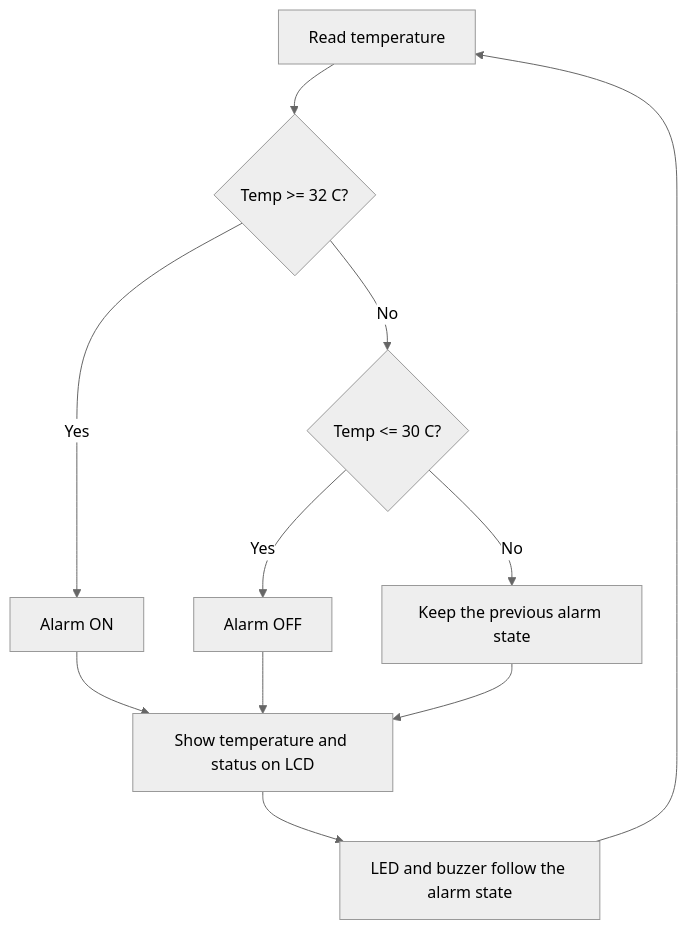
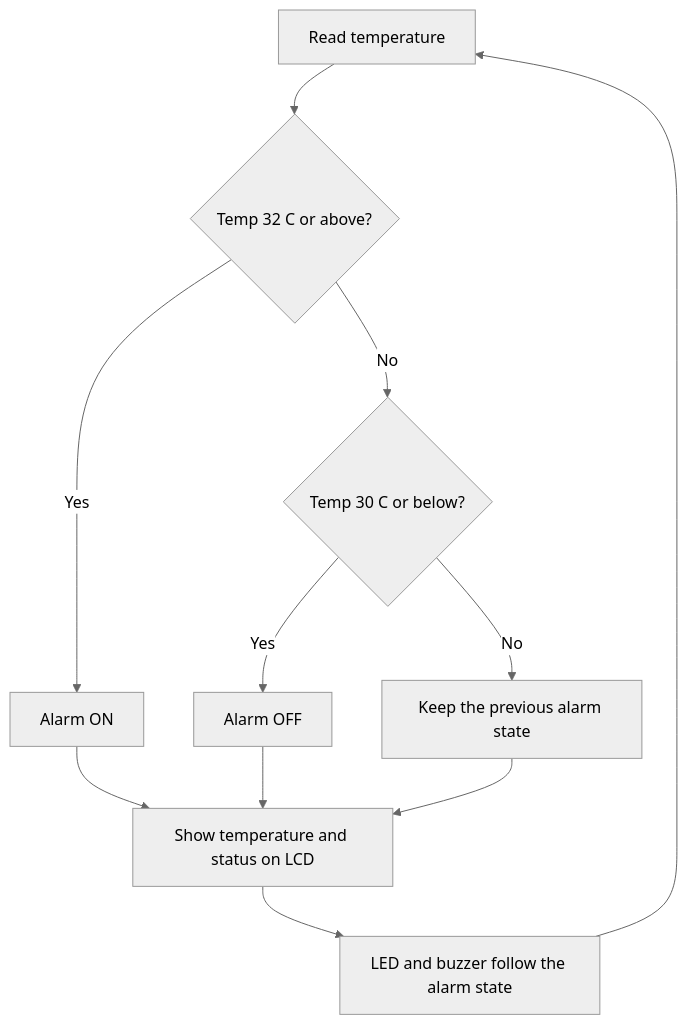
The diagram in Week-06/Day-27.md (samdavidnwabanne/AI-Automation-Robotics-Journey), drawn with Mermaid (neutral theme) before and after one commit.

````diff
--- a/Week-06/Day-27.md
+++ b/Week-06/Day-27.md
@@ -13,13 +13,13 @@
 ```mermaid
 flowchart TD
-    A[Read temperature] --> B{Temp >= 32 C?}
-    B -- Yes --> C[Alarm ON]
-    B -- No --> D{Temp <= 30 C?}
-    D -- Yes --> E[Alarm OFF]
-    D -- No --> F[Keep the previous alarm state]
-    C --> G[Show temperature and status on LCD]
+    A["Read temperature"] --> B{"Temp 32 C or above?"}
+    B -- Yes --> C["Alarm ON"]
+    B -- No --> D{"Temp 30 C or below?"}
+    D -- Yes --> E["Alarm OFF"]
+    D -- No --> F["Keep the previous alarm state"]
+    C --> G["Show temperature and status on LCD"]
     E --> G
     F --> G
-    G --> H[LED and buzzer follow the alarm state]
+    G --> H["LED and buzzer follow the alarm state"]
     H --> A
 ```
````
